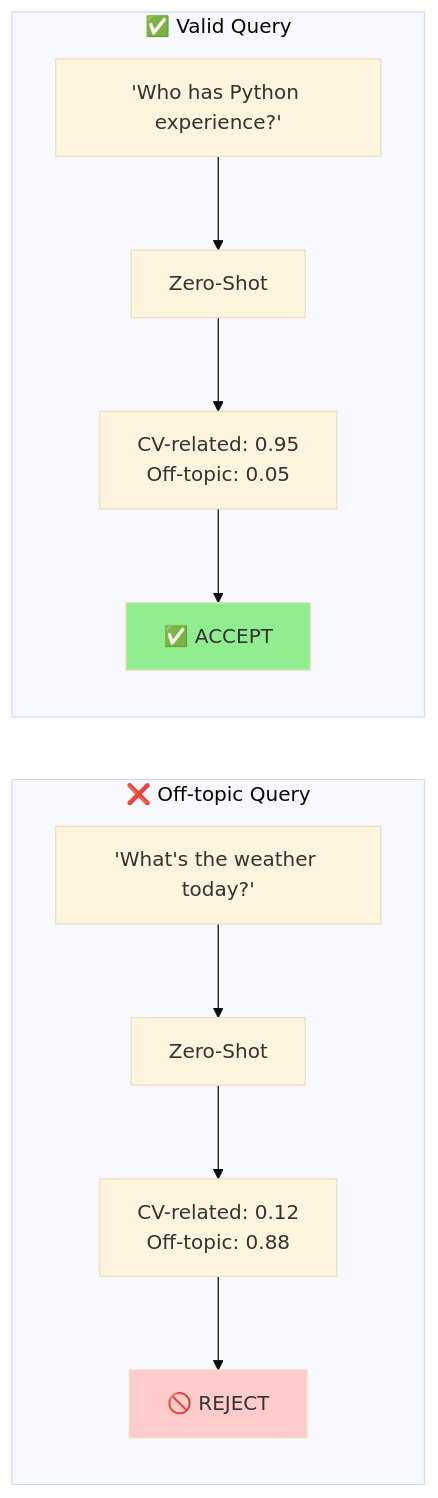
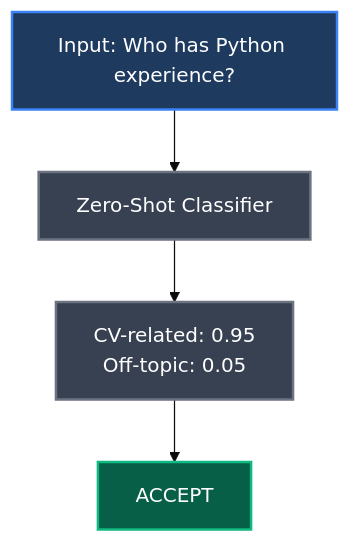
Before and after one commit to RaulJuliosIglesias/ai-powered_cv_screener: the tenth of 22 diagrams in docs/roadmap/RAG_V6.md, drawn with Mermaid (base theme). The commit also changed other lines of this file, not shown here.

````diff
--- a/docs/roadmap/RAG_V6.md
+++ b/docs/roadmap/RAG_V6.md
@@ -223,17 +243,11 @@
 ```mermaid
-flowchart LR
-    subgraph Example1["❌ Off-topic Query"]
-        Q1["'What's the weather today?'"] --> ZS1["Zero-Shot"]
-        ZS1 --> R1["CV-related: 0.12<br/>Off-topic: 0.88"]
-        R1 --> Reject["🚫 REJECT"]
-    end
+flowchart TB
+    A["Input: Who has Python experience?"] --> B[Zero-Shot Classifier]
+    B --> C["CV-related: 0.95<br/>Off-topic: 0.05"]
+    C --> D[ACCEPT]
     
-    subgraph Example2["✅ Valid Query"]
-        Q2["'Who has Python experience?'"] --> ZS2["Zero-Shot"]
-        ZS2 --> R2["CV-related: 0.95<br/>Off-topic: 0.05"]
-        R2 --> Accept["✅ ACCEPT"]
-    end
-    
-    style Reject fill:#ffcccc
-    style Accept fill:#90EE90
+    style A fill:#1e3a5f,stroke:#3b82f6,stroke-width:2px,color:#ffffff
+    style B fill:#374151,stroke:#6b7280,stroke-width:2px,color:#ffffff
+    style C fill:#374151,stroke:#6b7280,stroke-width:2px,color:#ffffff
+    style D fill:#065f46,stroke:#10b981,stroke-width:2px,color:#ffffff
 ```
````
